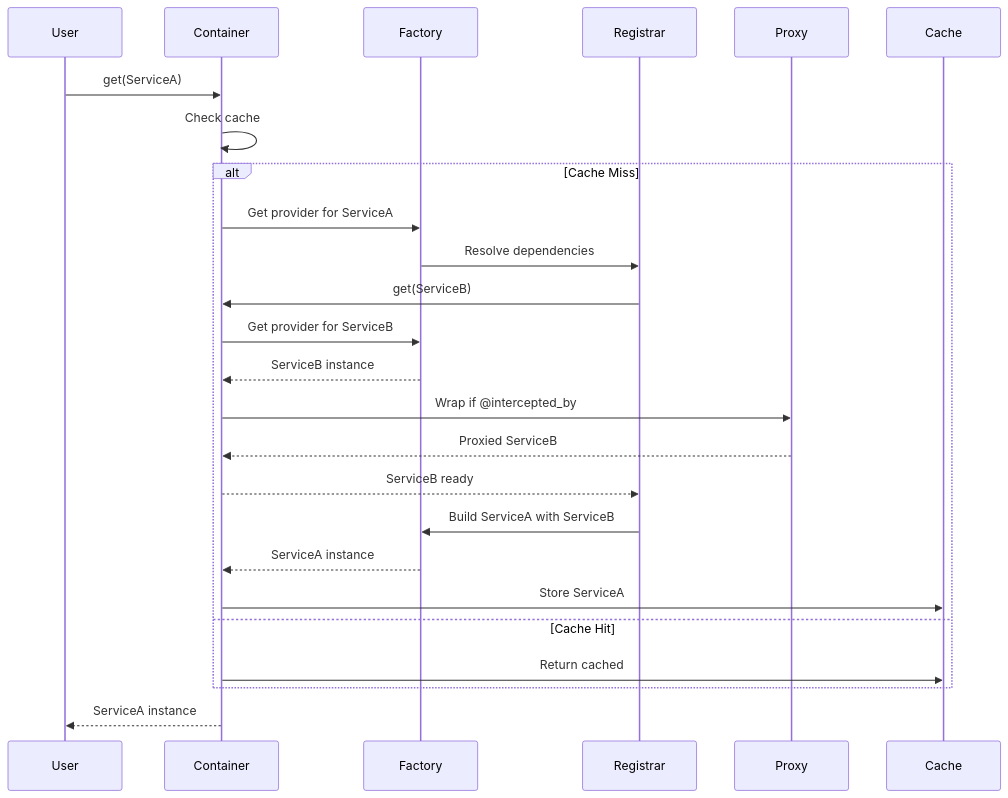
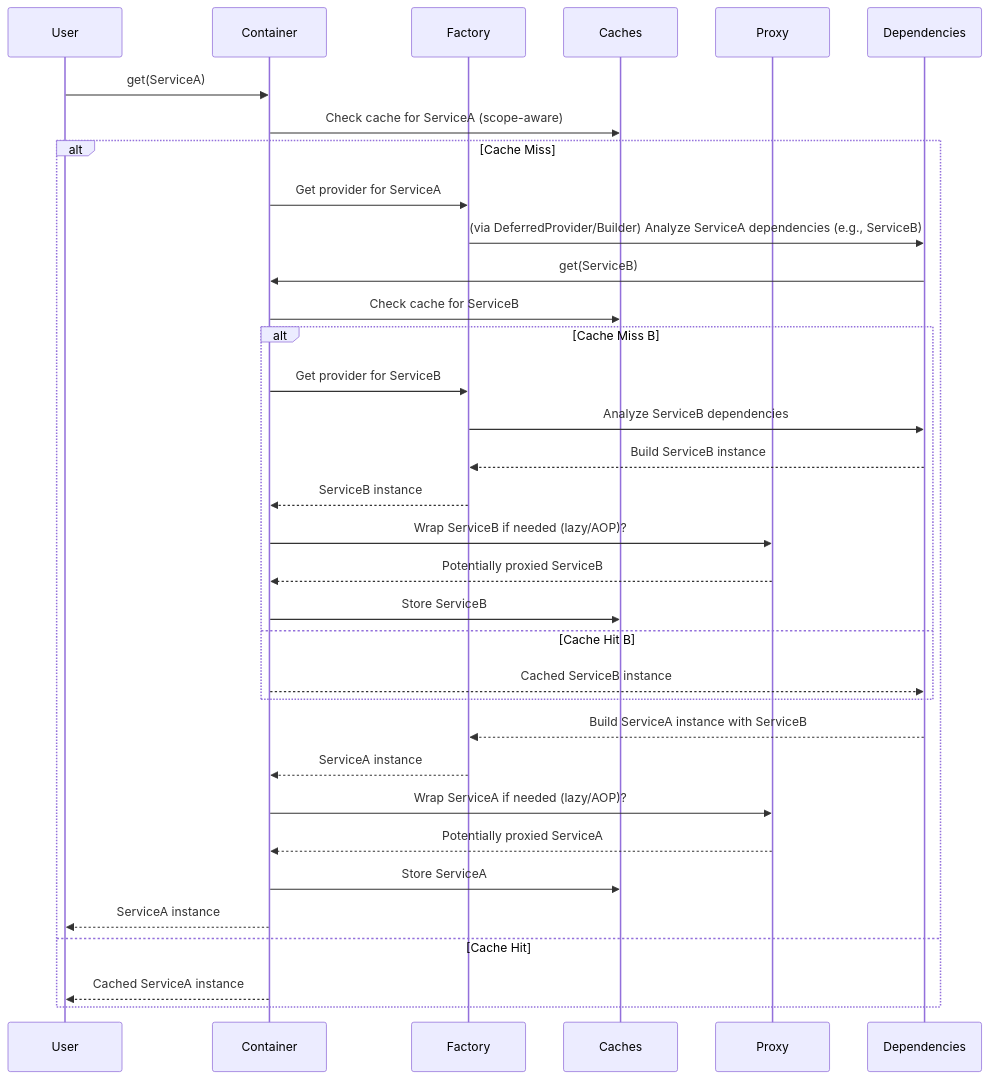
The diagram in docs/architecture/internals.md (dperezcabrera/pico-ioc), drawn with Mermaid before and after one commit. The commit also changed other lines of this file and 45 other files, not shown here.

````diff
--- a/docs/architecture/internals.md
+++ b/docs/architecture/internals.md
@@ -34,27 +35,38 @@
 ```mermaid
 sequenceDiagram
     participant User
     participant Container
     participant Factory
-    participant Registrar
+    participant Caches
     participant Proxy
-    
+    participant Dependencies
+
     User->>Container: get(ServiceA)
-    Container->>Container: Check cache
+    Container->>Caches: Check cache for ServiceA (scope-aware)
     alt Cache Miss
         Container->>Factory: Get provider for ServiceA
-        Factory->>Registrar: Resolve dependencies
-        Registrar->>Container: get(ServiceB)
-        Container->>Factory: Get provider for ServiceB
-        Factory-->>Container: ServiceB instance
-        Container->>Proxy: Wrap if @intercepted_by
-        Proxy-->>Container: Proxied ServiceB
-        Container-->>Registrar: ServiceB ready
-        Registrar->>Factory: Build ServiceA with ServiceB
+        Factory->>Dependencies: (via DeferredProvider/Builder) Analyze ServiceA dependencies (e.g., ServiceB)
+        Dependencies->>Container: get(ServiceB) # Recursive call
+        Container->>Caches: Check cache for ServiceB
+        alt Cache Miss B
+            Container->>Factory: Get provider for ServiceB
+            Factory->>Dependencies: Analyze ServiceB dependencies
+            Dependencies-->>Factory: Build ServiceB instance
+            Factory-->>Container: ServiceB instance
+            Container->>Proxy: Wrap ServiceB if needed (lazy/AOP)?
+            Proxy-->>Container: Potentially proxied ServiceB
+            Container->>Caches: Store ServiceB
+        else Cache Hit B
+            Container-->>Dependencies: Cached ServiceB instance
+        end
+        Dependencies-->>Factory: Build ServiceA instance with ServiceB
         Factory-->>Container: ServiceA instance
-        Container->>Cache: Store ServiceA
+        Container->>Proxy: Wrap ServiceA if needed (lazy/AOP)?
+        Proxy-->>Container: Potentially proxied ServiceA
+        Container->>Caches: Store ServiceA
+        Container-->>User: ServiceA instance
     else Cache Hit
-        Container->>Cache: Return cached
+        Container-->>User: Cached ServiceA instance
     end
-    Container-->>User: ServiceA instance
+
 ```
````
